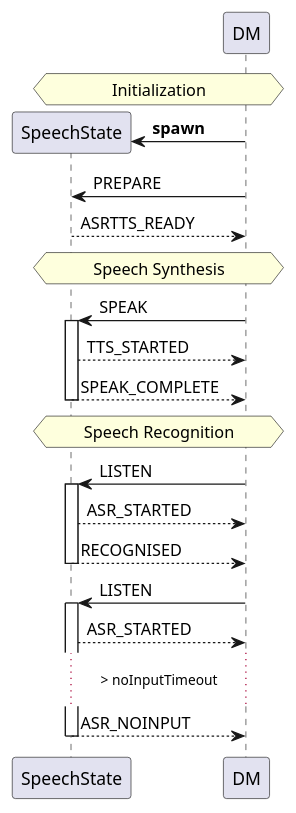
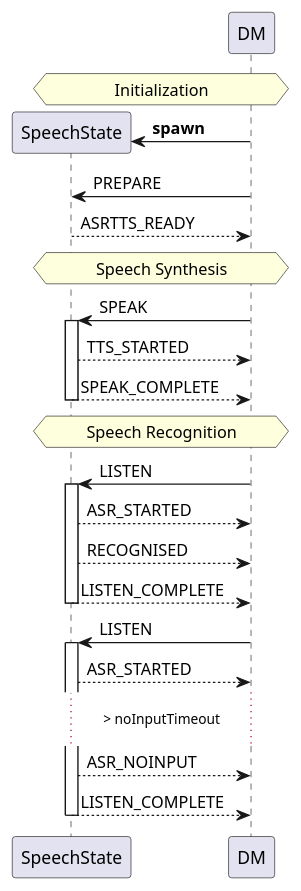
Before and after one commit to vladmaraev/speechstate: the diagram in README.org, drawn with PlantUML. The commit also changed 1 other file, not shown here.

Commit message:
; Document sending LISTEN_COMPLETE event

```diff
--- a/README.org
+++ b/README.org
@@ -121,24 +121,26 @@
 #+begin_src plantuml :results output replace :file docs/diagrams/dm-speechstate.svg :exports results
   skinparam defaultFontName Helvetica
   participant       SpeechState       as SS
   hnote across: Initialization
   create SS
   DM -> SS : **spawn**
   DM -> SS : PREPARE
   SS --> DM : ASRTTS_READY
   hnote across: Speech Synthesis 
   DM -> SS : SPEAK
   activate SS
   SS --> DM : TTS_STARTED
   return SPEAK_COMPLETE
   hnote across: Speech Recognition
   DM -> SS : LISTEN
   activate SS
   SS --> DM : ASR_STARTED
-  return RECOGNISED
+  SS --> DM : RECOGNISED
+  return LISTEN_COMPLETE
   DM -> SS : LISTEN
   activate SS
   SS --> DM : ASR_STARTED
   ... > noInputTimeout ...
-  return ASR_NOINPUT
+  SS --> DM : ASR_NOINPUT
+  return LISTEN_COMPLETE
 #+end_src
```
